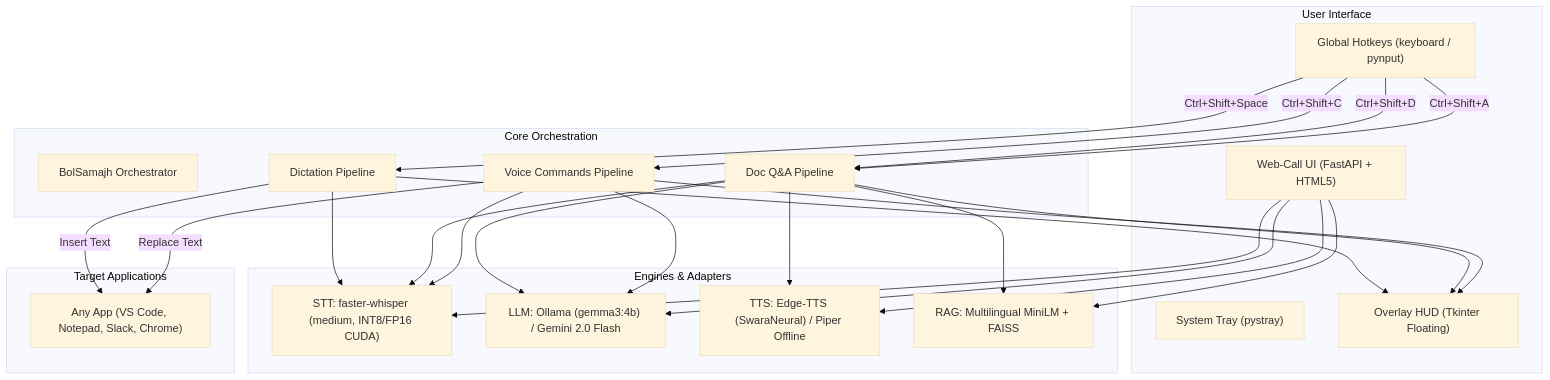
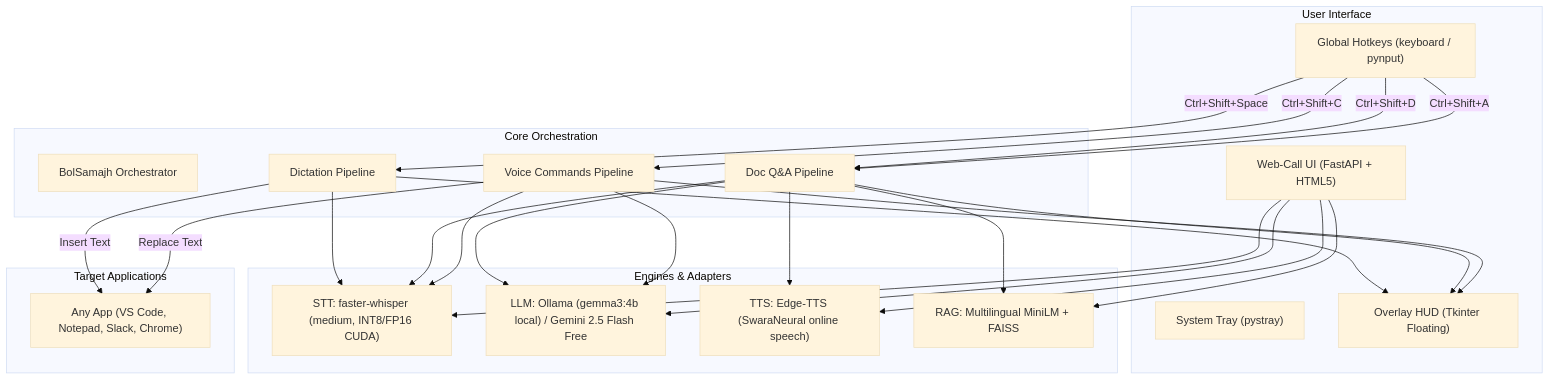
The diagram in README.md (P1Manav/BolSamajh), drawn with Mermaid (base theme) before and after one commit. The commit also changed other lines of this file and 6 other files, not shown here.

````diff
--- a/README.md
+++ b/README.md
@@ -44,52 +44,52 @@
 ```mermaid
 graph TD
     subgraph User Interface
         Tray["System Tray (pystray)"]
         Hotkeys["Global Hotkeys (keyboard / pynput)"]
         HUD["Overlay HUD (Tkinter Floating)"]
         WebUI["Web-Call UI (FastAPI + HTML5)"]
     end
 
     subgraph Core Orchestration
         Main["BolSamajh Orchestrator"]
         DictPipe["Dictation Pipeline"]
         DocPipe["Doc Q&A Pipeline"]
         CmdPipe["Voice Commands Pipeline"]
     end
 
     subgraph Engines & Adapters
         STT["STT: faster-whisper (medium, INT8/FP16 CUDA)"]
-        LLM["LLM: Ollama (gemma3:4b) / Gemini 2.0 Flash"]
-        TTS["TTS: Edge-TTS (SwaraNeural) / Piper Offline"]
+        LLM["LLM: Ollama (gemma3:4b local) / Gemini 2.5 Flash Free"]
+        TTS["TTS: Edge-TTS (SwaraNeural online speech)"]
         RAG["RAG: Multilingual MiniLM + FAISS"]
     end
 
     subgraph Target Applications
         Apps["Any App (VS Code, Notepad, Slack, Chrome)"]
     end
 
     Hotkeys -->|Ctrl+Shift+Space| DictPipe
     Hotkeys -->|Ctrl+Shift+D| DocPipe
     Hotkeys -->|Ctrl+Shift+A| DocPipe
     Hotkeys -->|Ctrl+Shift+C| CmdPipe
 
     DictPipe --> STT
     DictPipe -->|Insert Text| Apps
     DictPipe --> HUD
 
     DocPipe --> STT
     DocPipe --> RAG
     DocPipe --> LLM
     DocPipe --> TTS
     DocPipe --> HUD
 
     CmdPipe --> STT
     CmdPipe --> LLM
     CmdPipe -->|Replace Text| Apps
     CmdPipe --> HUD
 
     WebUI --> STT
     WebUI --> RAG
     WebUI --> LLM
     WebUI --> TTS
 ```
````
